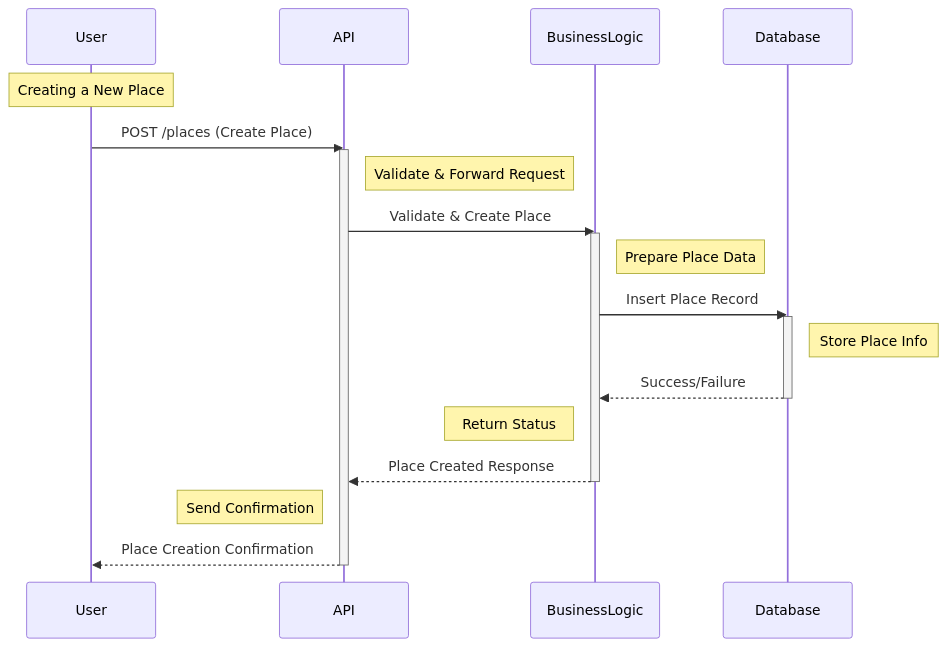
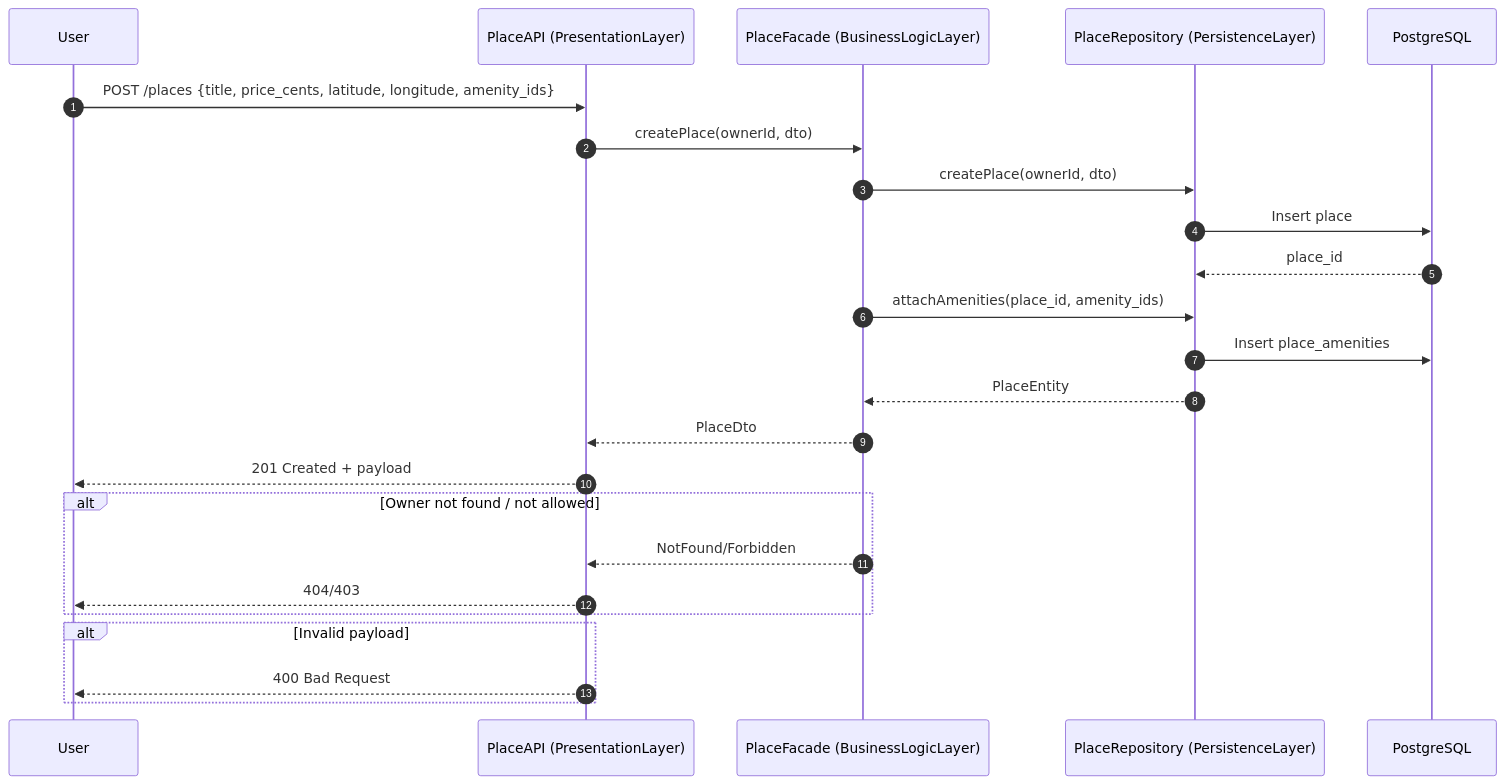
One commit to shihuaxie/holbertonschool-hbnb changed the second of 4 diagrams in part1/Task 2: Detailed Sequence Diagrams for API calls.md. Above: the diagram before and after it, drawn with Mermaid. The commit also changed other lines of this file, not shown here.

Commit message:
Update Task 2: update register user and create place sequence diagrams

````diff
--- a/part1/Task 2: Detailed Sequence Diagrams for API calls.md
+++ b/part1/Task 2: Detailed Sequence Diagrams for API calls.md
@@ -77,32 +76,29 @@
 ```mermaid
 sequenceDiagram
-    participant User
-    participant API
-    participant BusinessLogic
-    participant Database
+autonumber
+participant U as User
+participant API as PlaceAPI (PresentationLayer)
+participant F as PlaceFacade (BusinessLogicLayer)
+participant R as PlaceRepository (PersistenceLayer)
+participant DB as PostgreSQL
 
-    Note over User: Creating a New Place
+U->>API: POST /places {title, price_cents, latitude, longitude, amenity_ids}
+API->>F: createPlace(ownerId, dto)
+F->>R: createPlace(ownerId, dto)
+R->>DB: Insert place
+DB-->>R: place_id
+F->>R: attachAmenities(place_id, amenity_ids)
+R->>DB: Insert place_amenities
+R-->>F: PlaceEntity
+F-->>API: PlaceDto
+API-->>U: 201 Created + payload
 
-    User->>API: POST /places (Create Place)
-    activate API
-    Note right of API: Validate & Forward Request
+alt Owner not found / not allowed
+  F-->>API: NotFound/Forbidden
+  API-->>U: 404/403
+end
 
-    API->>BusinessLogic: Validate & Create Place
-    activate BusinessLogic
-    Note right of BusinessLogic: Prepare Place Data
-
-    BusinessLogic->>Database: Insert Place Record
-    activate Database
-    Note right of Database: Store Place Info
-
-    Database-->>BusinessLogic: Success/Failure
-    deactivate Database
-
-    Note left of BusinessLogic: Return Status
-    BusinessLogic-->>API: Place Created Response
-    deactivate BusinessLogic
-
-    Note left of API: Send Confirmation
-    API-->>User: Place Creation Confirmation
-    deactivate API
+alt Invalid payload
+  API-->>U: 400 Bad Request
+end
 ```
````
